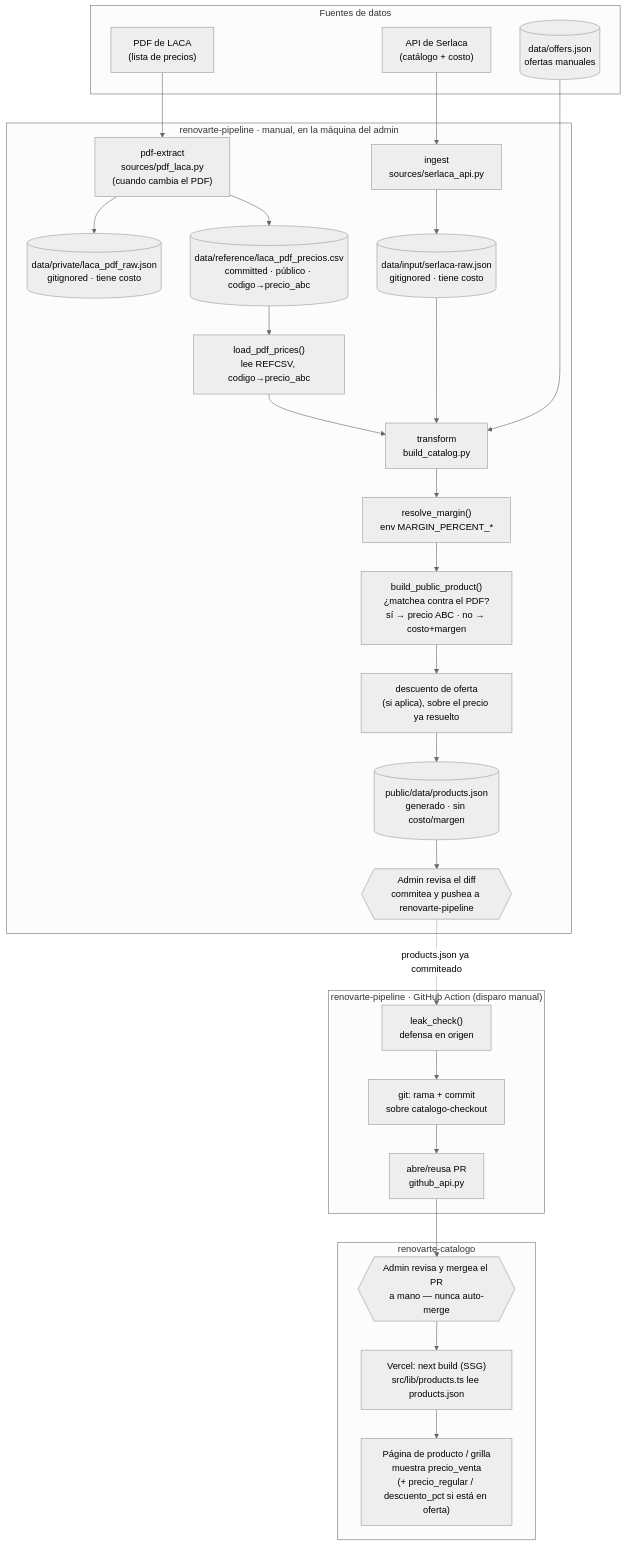
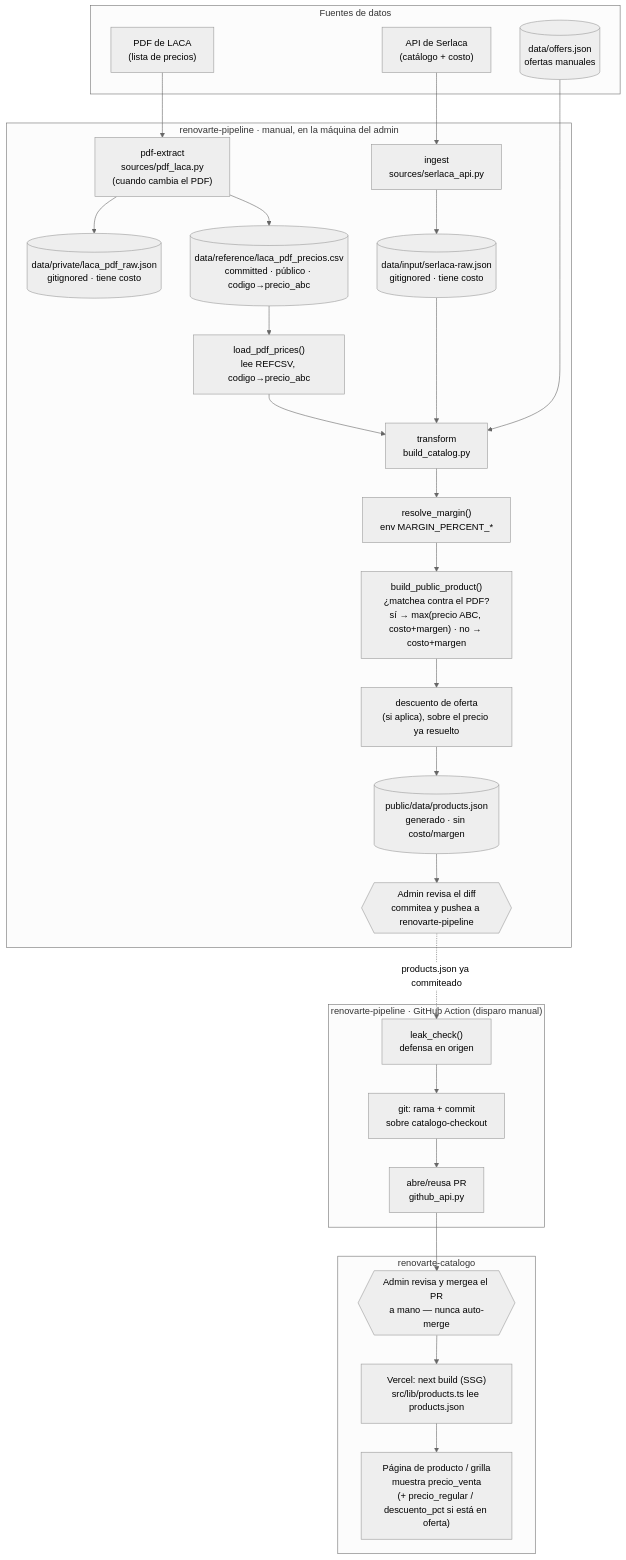
Before and after one commit to gucastillo-personal/renovarte-parent: the diagram in docs/flujo-precio-pdf.md, drawn with Mermaid (neutral theme). The commit also changed other lines of this file and 3 other files, not shown here.

First line of the commit message:
docs: ADR-0007 (superseded) y ADR-0008, precio del PDF de LACA con piso de margen (M3)

````diff
--- a/docs/flujo-precio-pdf.md
+++ b/docs/flujo-precio-pdf.md
@@ -18,48 +22,48 @@
 ```mermaid
 flowchart TD
     subgraph FUENTES["Fuentes de datos"]
         PDF["PDF de LACA<br/>(lista de precios)"]
         API["API de Serlaca<br/>(catálogo + costo)"]
         OFERTAS[("data/offers.json<br/>ofertas manuales")]
     end
 
     subgraph MANUAL["renovarte-pipeline · manual, en la máquina del admin"]
         EXTRACT["pdf-extract<br/>sources/pdf_laca.py<br/>(cuando cambia el PDF)"]
         RAWPDF[("data/private/laca_pdf_raw.json<br/>gitignored · tiene costo")]
         REFCSV[("data/reference/laca_pdf_precios.csv<br/>committed · público · codigo→precio_abc")]
 
         INGEST["ingest<br/>sources/serlaca_api.py"]
         RAWAPI[("data/input/serlaca-raw.json<br/>gitignored · tiene costo")]
         TRANSFORM["transform<br/>build_catalog.py"]
         LOADPDF["load_pdf_prices()<br/>lee REFCSV, codigo→precio_abc"]
         MARGEN["resolve_margin()<br/>env MARGIN_PERCENT_*"]
-        RESOLVE["build_public_product()<br/>¿matchea contra el PDF?<br/>sí → precio ABC · no → costo+margen"]
+        RESOLVE["build_public_product()<br/>¿matchea contra el PDF?<br/>sí → max(precio ABC, costo+margen) · no → costo+margen"]
         DESCUENTO["descuento de oferta<br/>(si aplica), sobre el precio ya resuelto"]
         PRODJSON[("public/data/products.json<br/>generado · sin costo/margen")]
         COMMIT{{"Admin revisa el diff<br/>commitea y pushea a renovarte-pipeline"}}
     end
 
     subgraph CI["renovarte-pipeline · GitHub Action (disparo manual)"]
         LEAK["leak_check()<br/>defensa en origen"]
         BRANCH["git: rama + commit<br/>sobre catalogo-checkout"]
         PR["abre/reusa PR<br/>github_api.py"]
     end
 
     subgraph CATALOGO["renovarte-catalogo"]
         MERGE{{"Admin revisa y mergea el PR<br/>a mano — nunca auto-merge"}}
         BUILD["Vercel: next build (SSG)<br/>src/lib/products.ts lee products.json"]
         PAGINA["Página de producto / grilla<br/>muestra precio_venta<br/>(+ precio_regular / descuento_pct si está en oferta)"]
     end
 
     PDF --> EXTRACT
     EXTRACT --> RAWPDF
     EXTRACT --> REFCSV
 
     API --> INGEST --> RAWAPI --> TRANSFORM
     REFCSV --> LOADPDF --> TRANSFORM
     OFERTAS --> TRANSFORM
     TRANSFORM --> MARGEN --> RESOLVE --> DESCUENTO --> PRODJSON --> COMMIT
 
     COMMIT -.->|"products.json ya commiteado"| LEAK
     LEAK --> BRANCH --> PR --> MERGE --> BUILD --> PAGINA
 ```
````
